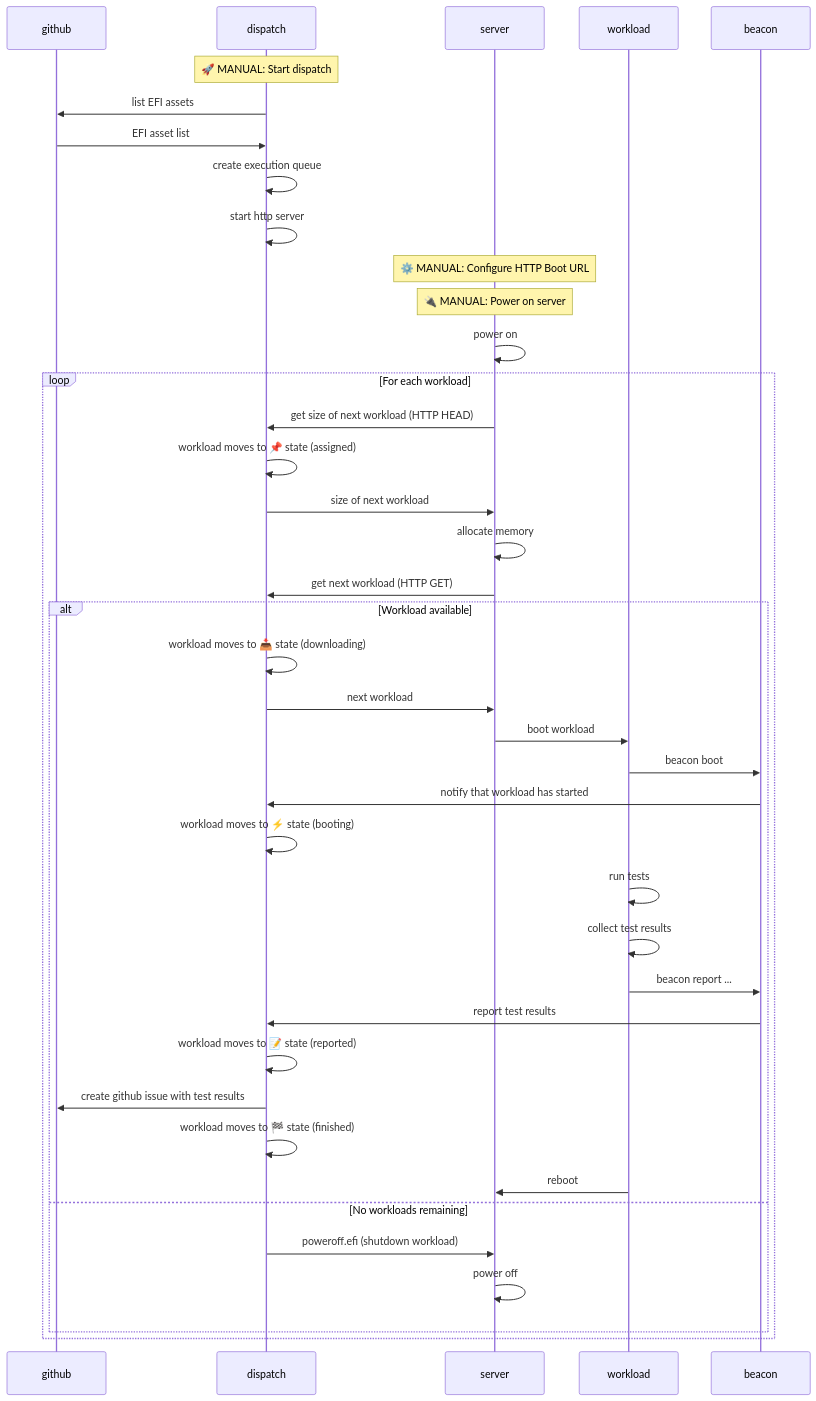
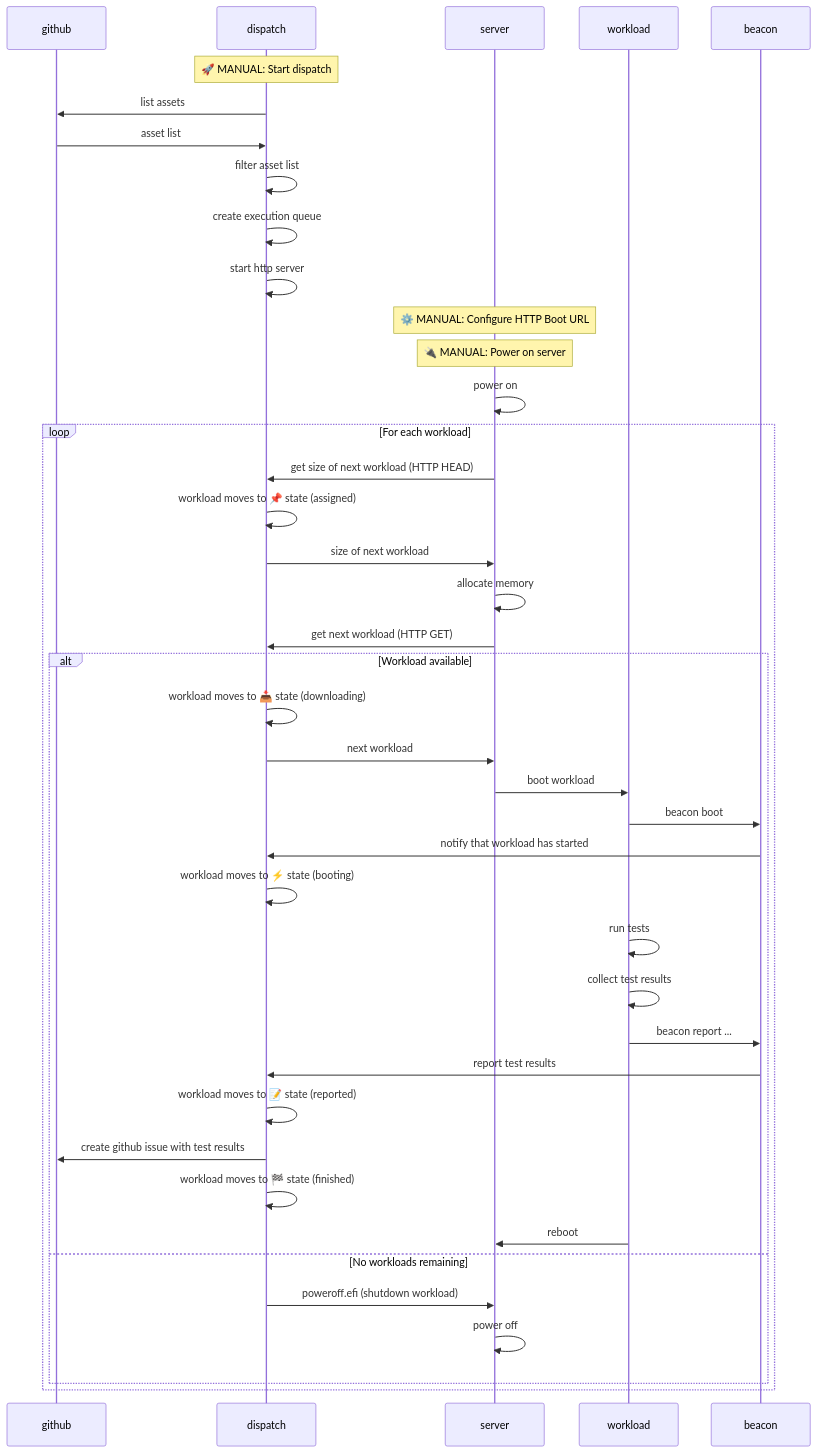
One commit to AMDEPYC/snpcert changed the diagram in dispatch/README.md. Above: the diagram before and after it, drawn with Mermaid. The commit also changed other lines of this file and 2 other files, not shown here.

````diff
--- a/dispatch/README.md
+++ b/dispatch/README.md
@@ -26,49 +26,50 @@
 ```mermaid
 sequenceDiagram
     participant G as github
     participant D as dispatch
     participant S as server
     participant W as workload
     participant B as beacon
 
     Note over D: 🚀 MANUAL: Start dispatch
-    D->>G: list EFI assets
-    G->>D: EFI asset list
+    D->>G: list assets
+    G->>D: asset list
+    D->>D: filter asset list
     D->>D: create execution queue
     D->>D: start http server
     
     Note over S: ⚙️ MANUAL: Configure HTTP Boot URL
     Note over S: 🔌 MANUAL: Power on server
     S->>S: power on
 
     loop For each workload
         S->>D: get size of next workload (HTTP HEAD)
         D->>D: workload moves to 📌 state (assigned)
         D->>S: size of next workload
         S->>S: allocate memory
 
         S->>D: get next workload (HTTP GET)
         alt Workload available
             D->>D: workload moves to 📥 state (downloading)
             D->>S: next workload
             S->>W: boot workload
             
             W->>B: beacon boot
             B->>D: notify that workload has started
             D->>D: workload moves to ⚡ state (booting)
 
             W->>W: run tests
             W->>W: collect test results
             W->>B: beacon report ...
             B->>D: report test results
             D->>D: workload moves to 📝 state (reported)
             D->>G: create github issue with test results
             D->>D: workload moves to 🏁 state (finished)
 
             W->>S: reboot
         else No workloads remaining
             D->>S: poweroff.efi (shutdown workload)
             S->>S: power off
         end
     end
 ```
````
